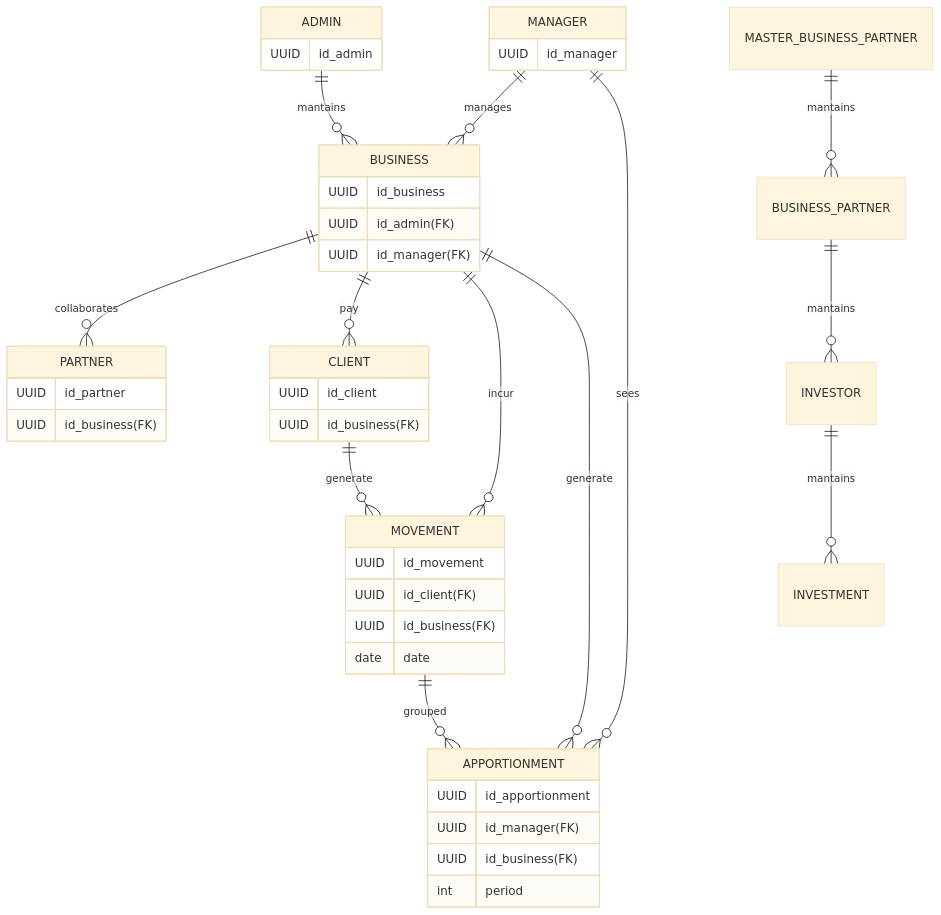
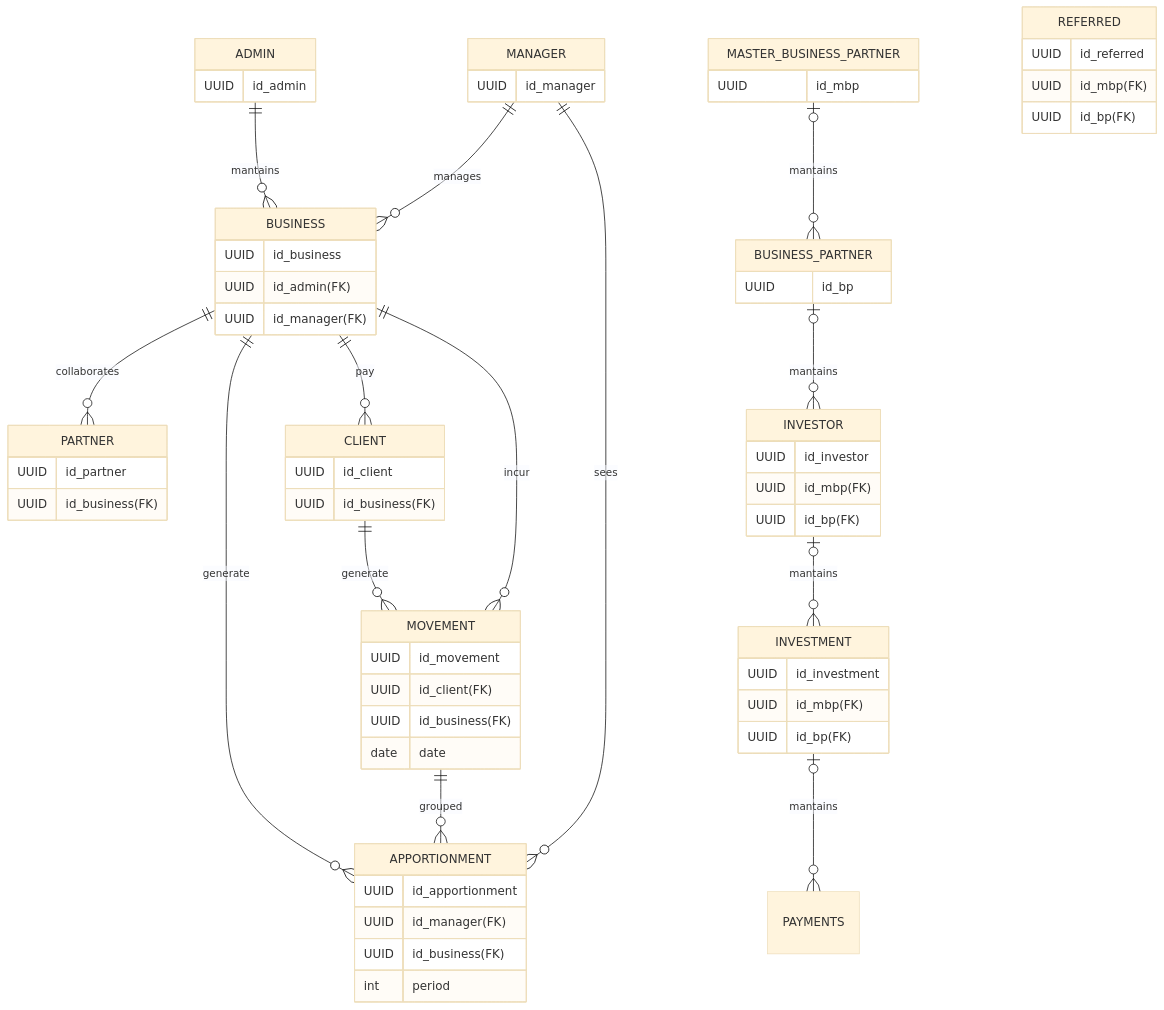
One commit to git-jrm/management-system changed the first of 4 diagrams in ARCHITECTURE.md. Above: the diagram before and after it, drawn with Mermaid (base theme). The commit also changed other lines of this file, not shown here.

````diff
--- a/ARCHITECTURE.md
+++ b/ARCHITECTURE.md
@@ -5,48 +5,75 @@
 ```mermaid
 erDiagram
     ADMIN ||--o{ BUSINESS : mantains
     BUSINESS ||--o{ PARTNER : collaborates
     BUSINESS ||--o{ CLIENT : pay
     PARTNER
     MANAGER ||--o{ BUSINESS : manages
     CLIENT ||--o{ MOVEMENT : generate
     BUSINESS ||--o{ MOVEMENT : incur
     BUSINESS ||--o{ APPORTIONMENT : generate
     MOVEMENT ||--o{ APPORTIONMENT : grouped
     MANAGER ||--o{ APPORTIONMENT : sees
     ADMIN {
         UUID id_admin
     }
     MANAGER {
         UUID id_manager
     }
     BUSINESS {
         UUID id_business
         UUID id_admin(FK)
         UUID id_manager(FK)
     }
     PARTNER {
         UUID id_partner
         UUID id_business(FK)
     }
     APPORTIONMENT{ 
         UUID id_apportionment
         UUID id_manager(FK)
         UUID id_business(FK)
         int period
     }
     CLIENT {
         UUID id_client
         UUID id_business(FK)
     }
     MOVEMENT {
         UUID id_movement
         UUID id_client(FK)
         UUID id_business(FK)
         date date
     }
 
-    INVESTOR ||--o{ INVESTMENT : mantains
-    BUSINESS_PARTNER ||--o{ INVESTOR : mantains
-    MASTER_BUSINESS_PARTNER ||--o{ BUSINESS_PARTNER : mantains
+    INVESTOR |o--o{ INVESTMENT : mantains
+    BUSINESS_PARTNER |o--o{ INVESTOR : mantains
+    MASTER_BUSINESS_PARTNER |o--o{ BUSINESS_PARTNER : mantains
+    
+    MASTER_BUSINESS_PARTNER {
+        UUID id_mbp
+    }
+    BUSINESS_PARTNER {
+        UUID id_bp
+    }
+    INVESTOR {
+        UUID id_investor
+        UUID id_mbp(FK)
+        UUID id_bp(FK)
+    }
+    INVESTMENT {
+        UUID id_investment
+        UUID id_mbp(FK)
+        UUID id_bp(FK)
+    }
+
+    REFERRED {
+        UUID id_referred
+        UUID id_mbp(FK)
+        UUID id_bp(FK)
+    }
+
+    
+    INVESTMENT |o--o{ PAYMENTS : mantains
+
 ```
````
